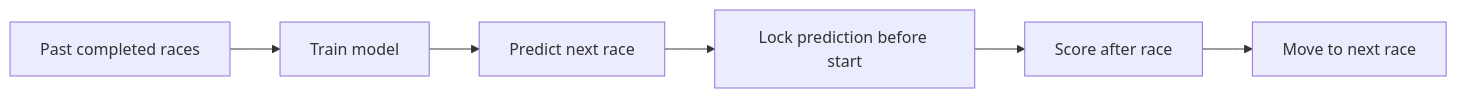
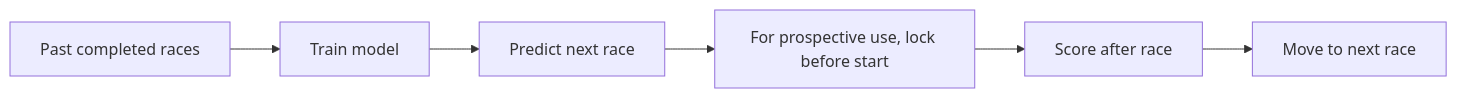
The diagram in README.md (HoDucManhNguyen/Sports-Analytics-Prediction), drawn with Mermaid before and after one commit. The commit also changed other lines of this file and 20 other files, not shown here.

````diff
--- a/README.md
+++ b/README.md
@@ -23,8 +25,8 @@
 ```mermaid
 flowchart LR
     A[Past completed races] --> B[Train model]
     B --> C[Predict next race]
-    C --> D[Lock prediction before start]
+    C --> D[For prospective use, lock before start]
     D --> E[Score after race]
     E --> F[Move to next race]
 ```
````
